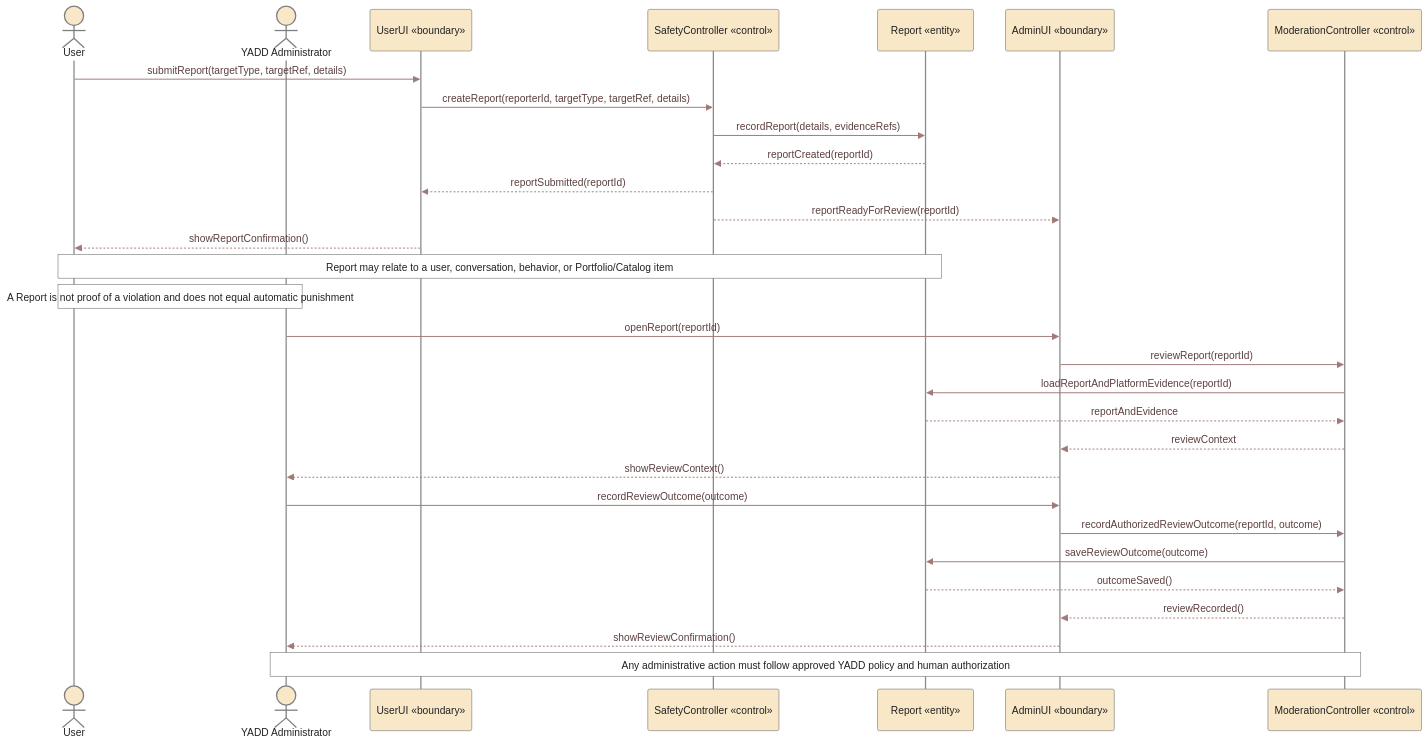
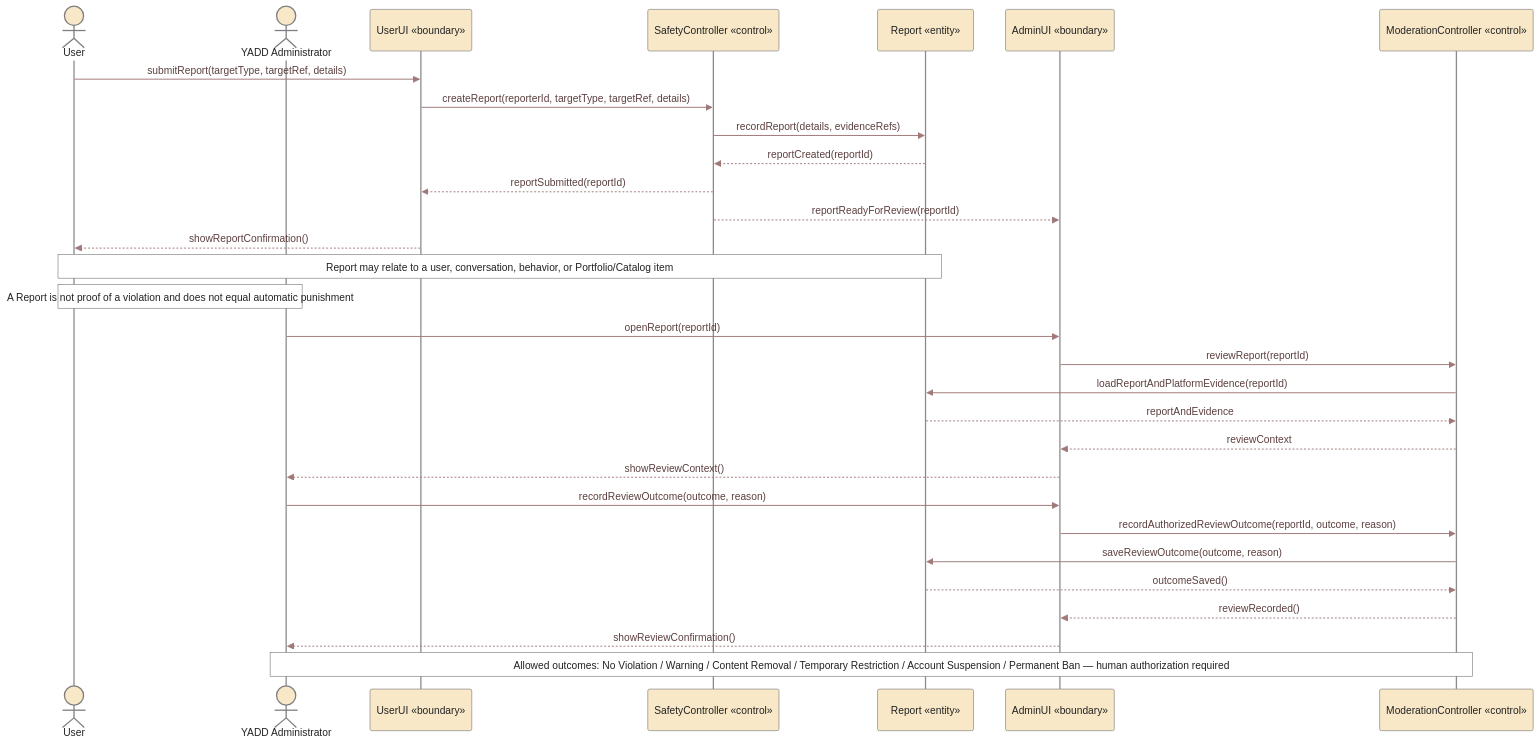
The second of 2 diagrams in diagrams/03-analysis/uml/sequence/uc-08-block-report-sequence.md (Yadd-SanaaUniversityGraduationProject/yadd), drawn with Mermaid before and after one commit. The commit also changed other lines of this file, not shown here.

Commit message:
uml: synchronize block/report sequence with DEC-088/089

````diff
--- a/diagrams/03-analysis/uml/sequence/uc-08-block-report-sequence.md
+++ b/diagrams/03-analysis/uml/sequence/uc-08-block-report-sequence.md
@@ -50,38 +50,38 @@
 ```mermaid
 %%{init: {"theme":"base","themeVariables":{"background":"#FFFFFF","fontFamily":"Arial","actorBkg":"#F8E8C8","actorBorder":"#7E7E7E","actorTextColor":"#222222","actorLineColor":"#8A8A8A","signalColor":"#A07878","signalTextColor":"#5C3F3F","labelBoxBkgColor":"#FFFFFF","labelBoxBorderColor":"#7E7E7E","labelTextColor":"#222222","loopTextColor":"#222222","noteBkgColor":"#FFFFFF","noteBorderColor":"#7E7E7E","noteTextColor":"#222222","activationBkgColor":"#C8E0E8","activationBorderColor":"#7B969C","sequenceNumberColor":"#222222"}}}%%
 sequenceDiagram
     actor U as User
     actor A as YADD Administrator
     participant UI as UserUI «boundary»
     participant SC as SafetyController «control»
     participant R as Report «entity»
     participant AUI as AdminUI «boundary»
     participant MC as ModerationController «control»
 
     U->>UI: submitReport(targetType, targetRef, details)
     UI->>SC: createReport(reporterId, targetType, targetRef, details)
     SC->>R: recordReport(details, evidenceRefs)
     R-->>SC: reportCreated(reportId)
     SC-->>UI: reportSubmitted(reportId)
     SC-->>AUI: reportReadyForReview(reportId)
     UI-->>U: showReportConfirmation()
 
     Note over U,R: Report may relate to a user, conversation, behavior, or Portfolio/Catalog item
     Note over U,A: A Report is not proof of a violation and does not equal automatic punishment
 
     A->>AUI: openReport(reportId)
     AUI->>MC: reviewReport(reportId)
     MC->>R: loadReportAndPlatformEvidence(reportId)
     R-->>MC: reportAndEvidence
     MC-->>AUI: reviewContext
     AUI-->>A: showReviewContext()
 
-    A->>AUI: recordReviewOutcome(outcome)
-    AUI->>MC: recordAuthorizedReviewOutcome(reportId, outcome)
-    MC->>R: saveReviewOutcome(outcome)
+    A->>AUI: recordReviewOutcome(outcome, reason)
+    AUI->>MC: recordAuthorizedReviewOutcome(reportId, outcome, reason)
+    MC->>R: saveReviewOutcome(outcome, reason)
     R-->>MC: outcomeSaved()
     MC-->>AUI: reviewRecorded()
     AUI-->>A: showReviewConfirmation()
 
-    Note over A,MC: Any administrative action must follow approved YADD policy and human authorization
+    Note over A,MC: Allowed outcomes: No Violation / Warning / Content Removal / Temporary Restriction / Account Suspension / Permanent Ban — human authorization required
 ```
````
